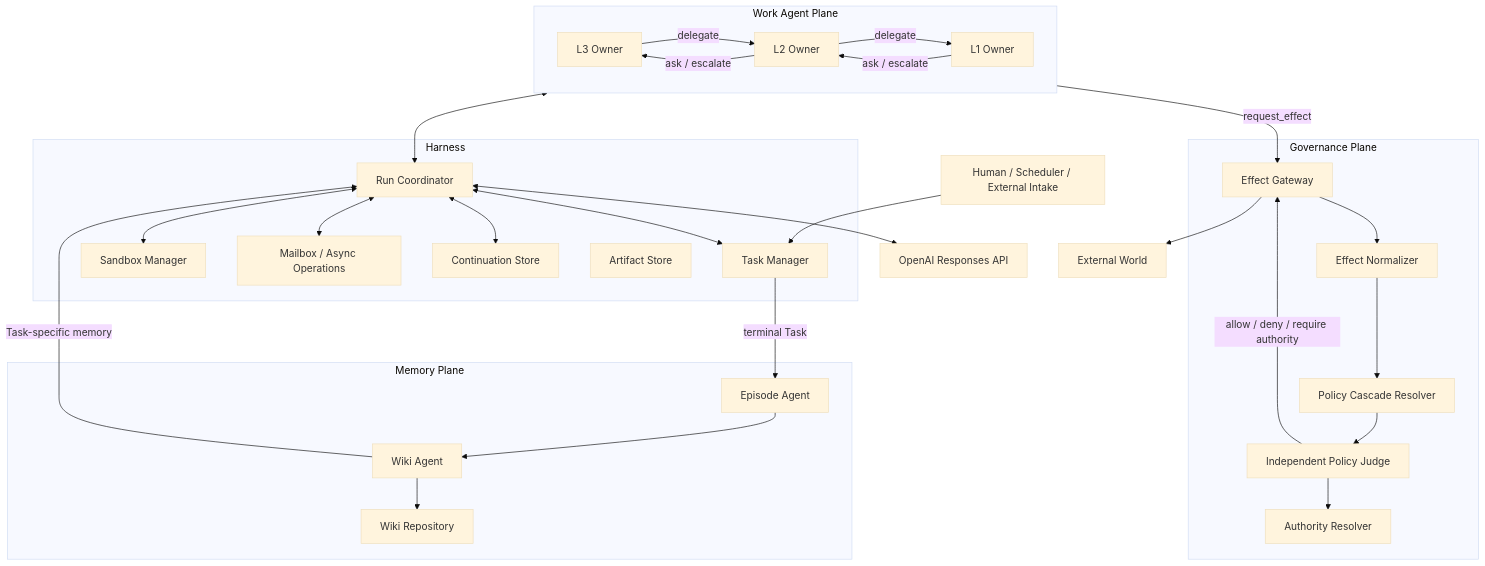
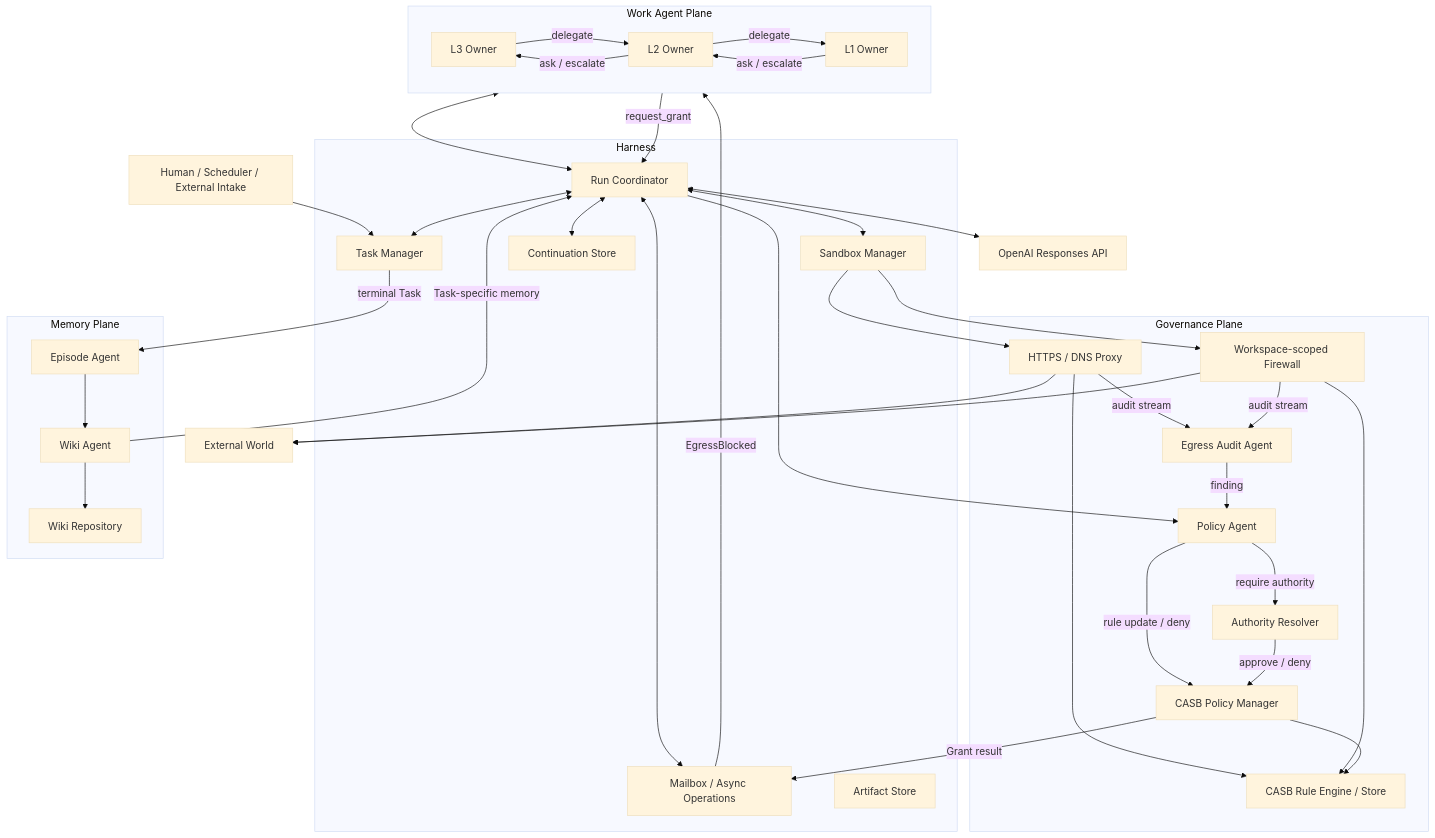
The diagram in docs/00-agent-harness.md (autotaker/kakesu), drawn with Mermaid (base theme) before and after one commit. The commit also changed other lines of this file and 19 other files, not shown here.

Commit message:
Redesign workspace egress governance

````diff
--- a/docs/00-agent-harness.md
+++ b/docs/00-agent-harness.md
@@ -53,55 +55,69 @@
 ```mermaid
 flowchart TB
     U[Human / Scheduler / External Intake]
 
     subgraph W[Work Agent Plane]
       L3[L3 Owner]
       L2[L2 Owner]
       L1[L1 Owner]
       L3 -->|delegate| L2
       L2 -->|delegate| L1
       L1 -->|ask / escalate| L2
       L2 -->|ask / escalate| L3
     end
 
     subgraph H[Harness]
       RC[Run Coordinator]
       TM[Task Manager]
       SM[Sandbox Manager]
       MB[Mailbox / Async Operations]
       CS[Continuation Store]
       AR[Artifact Store]
     end
 
     subgraph G[Governance Plane]
-      EG[Effect Gateway]
-      PN[Effect Normalizer]
-      PC[Policy Cascade Resolver]
-      PJ[Independent Policy Judge]
+      EP[HTTPS / DNS Proxy]
+      FW[Workspace-scoped Firewall]
+      PS[CASB Rule Engine / Store]
+      PA[Policy Agent]
+      EA[Egress Audit Agent]
+      PM[CASB Policy Manager]
       AU[Authority Resolver]
     end
 
     subgraph M[Memory Plane]
       EC[Episode Agent]
       WA[Wiki Agent]
       WR[Wiki Repository]
     end
 
     OA[OpenAI Responses API]
     EW[External World]
 
     U --> TM
     W <--> RC
     RC <--> OA
     RC <--> TM
     RC <--> MB
     RC <--> CS
     RC <--> SM
-    W -->|request_effect| EG
-    EG --> PN --> PC --> PJ
-    PJ -->|allow / deny / require authority| EG
-    PJ --> AU
-    EG --> EW
+    SM --> EP
+    SM --> FW
+    EP --> PS
+    FW --> PS
+    MB -->|EgressBlocked| W
+    W -->|request_grant| RC
+    RC --> PA
+    PA -->|rule update / deny| PM
+    PA -->|require authority| AU
+    AU -->|approve / deny| PM
+    PM --> PS
+    PM -->|Grant result| MB
+    EP -->|audit stream| EA
+    FW -->|audit stream| EA
+    EA -->|finding| PA
+    EP --> EW
+    FW --> EW
     TM -->|terminal Task| EC --> WA --> WR
     WA -->|Task-specific memory| RC
 ```
````
